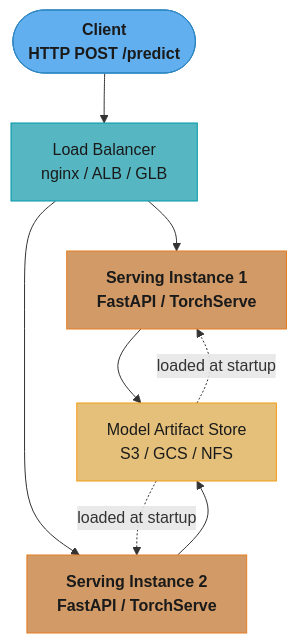
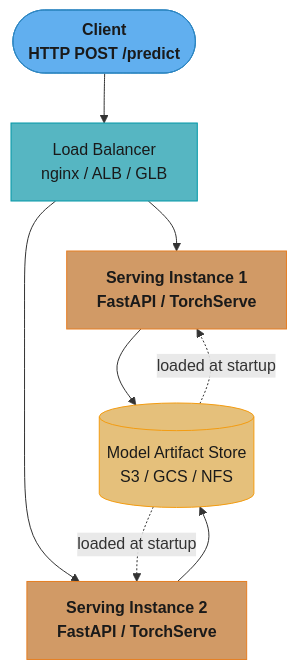
The first of 5 diagrams in src/main/java/com/rutik/systemdesign/ml/model_serving_and_inference/README.md (rppol/system-design), drawn with Mermaid before and after one commit. The commit also changed other lines of this file, not shown here.

Commit message:
chore(diagrams): product logos + ascii sweep in model_serving_and_inference/README.md

````diff
--- a/src/main/java/com/rutik/systemdesign/ml/model_serving_and_inference/README.md
+++ b/src/main/java/com/rutik/systemdesign/ml/model_serving_and_inference/README.md
@@ -94,23 +94,23 @@
 ```mermaid
 flowchart TD
     classDef io      fill:#61afef,stroke:#2e86c1,color:#1a1a1a,font-weight:bold
     classDef frozen  fill:#c678dd,stroke:#9b59b6,color:#fff
     classDef train   fill:#98c379,stroke:#27ae60,color:#1a1a1a
     classDef mathOp  fill:#d19a66,stroke:#e67e22,color:#1a1a1a,font-weight:bold
     classDef lossN   fill:#e06c75,stroke:#c0392b,color:#fff,font-weight:bold
     classDef req     fill:#56b6c2,stroke:#0097a7,color:#1a1a1a
     classDef base    fill:#e5c07b,stroke:#f39c12,color:#1a1a1a
 
     client(["Client\nHTTP POST /predict"]) --> lb["Load Balancer\nnginx / ALB / GLB"]
     lb --> s1["Serving Instance 1\nFastAPI / TorchServe"]
     lb --> s2["Serving Instance 2\nFastAPI / TorchServe"]
-    s1 --> store["Model Artifact Store\nS3 / GCS / NFS"]
+    s1 --> store[("Model Artifact Store\nS3 / GCS / NFS")]
     s2 --> store
     store -.->|"loaded at startup"| s1
     store -.->|"loaded at startup"| s2
 
     class client io
     class lb req
     class s1,s2 mathOp
     class store base
 ```
````
